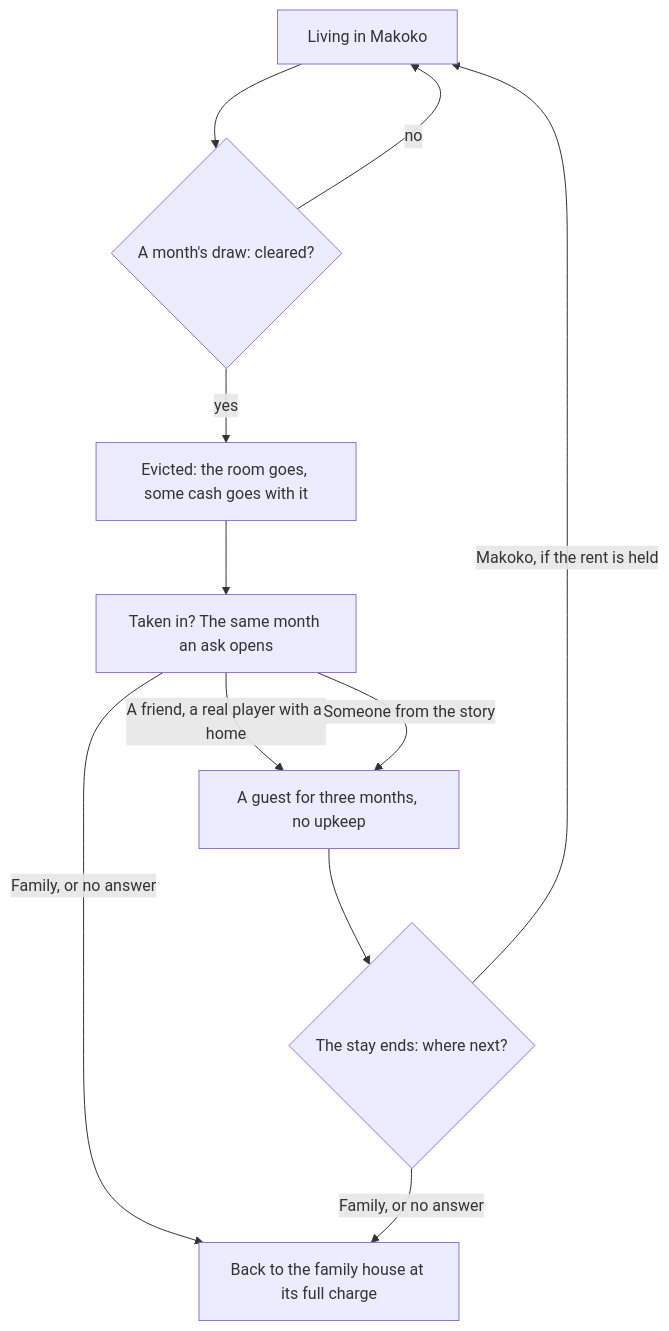
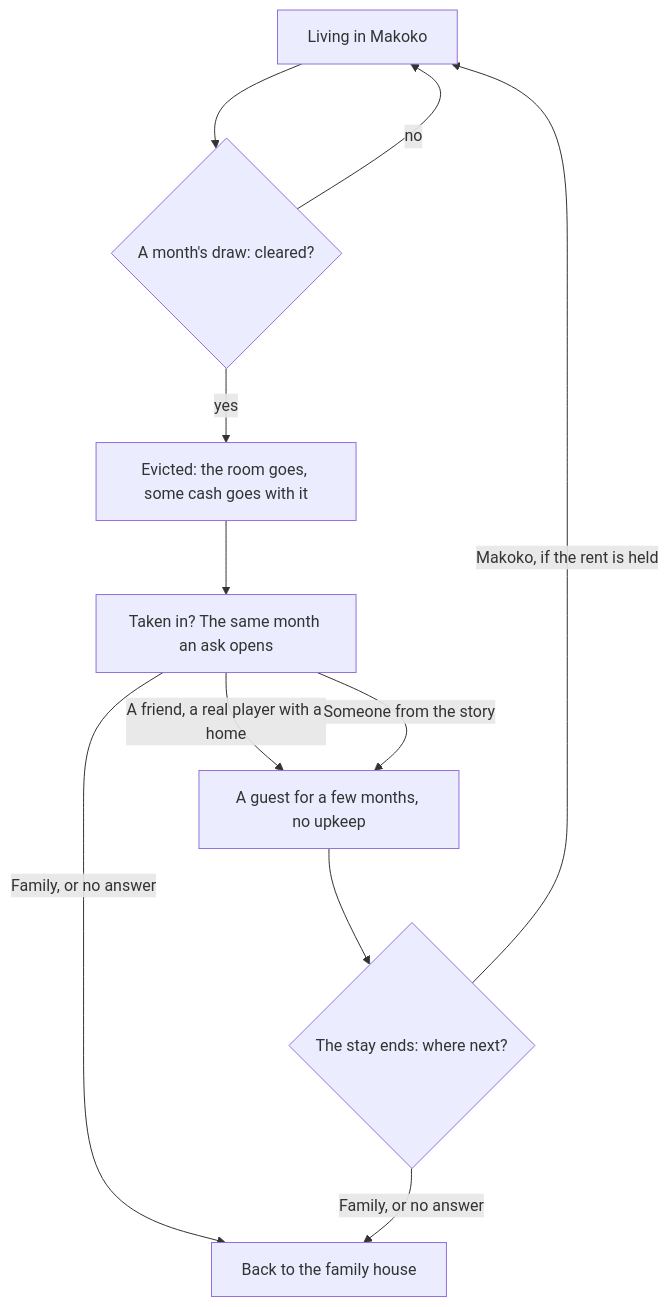
One commit to buildlab-studio/japacity changed the second of 2 diagrams in docs/site/plays/home.md. Above: the diagram before and after it, drawn with Mermaid. The commit also changed other lines of this file and 157 other files, not shown here.

````diff
--- a/docs/site/plays/home.md
+++ b/docs/site/plays/home.md
@@ -85,13 +72,13 @@
 ```mermaid
 flowchart TD
   L["Living in Makoko"] --> D{"A month's draw: cleared?"}
   D -->|no| L
   D -->|yes| E["Evicted: the room goes, some cash goes with it"]
   E --> O["Taken in? The same month an ask opens"]
-  O -->|"A friend, a real player with a home"| G["A guest for three months, no upkeep"]
+  O -->|"A friend, a real player with a home"| G["A guest for a few months, no upkeep"]
   O -->|"Someone from the story"| G
-  O -->|"Family, or no answer"| F["Back to the family house at its full charge"]
+  O -->|"Family, or no answer"| F["Back to the family house"]
   G --> W{"The stay ends: where next?"}
   W -->|"Makoko, if the rent is held"| L
   W -->|"Family, or no answer"| F
 ```
````
